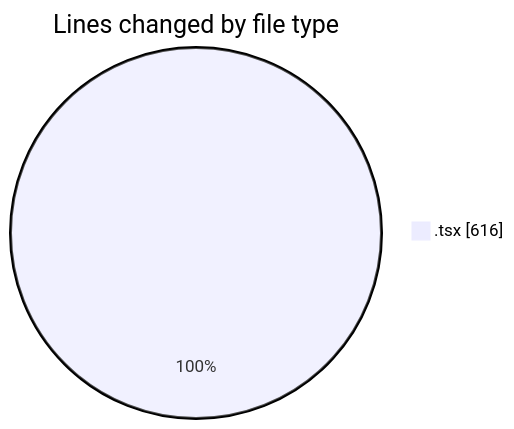
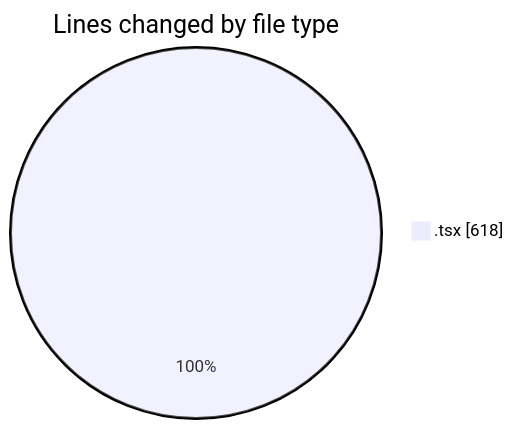
Before and after one commit to momahboobian/code-tracking: the first of 2 diagrams in 2026-05-11/cda/README.md, drawn with Mermaid. The commit also changed other lines of this file and 1 other file, not shown here.

````diff
--- a/2026-05-11/cda/README.md
+++ b/2026-05-11/cda/README.md
@@ -24,5 +24,5 @@
 ```mermaid
 pie showData
 title Lines changed by file type
-".tsx" : 616
+".tsx" : 618
 ```
````
